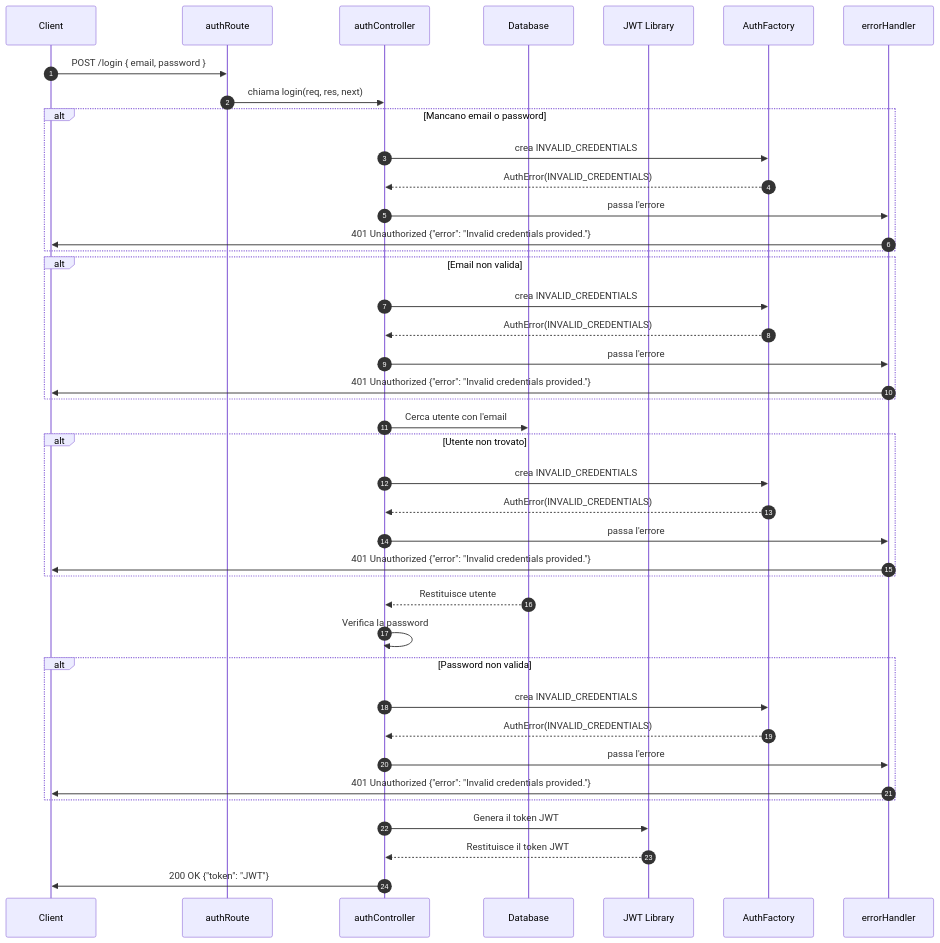
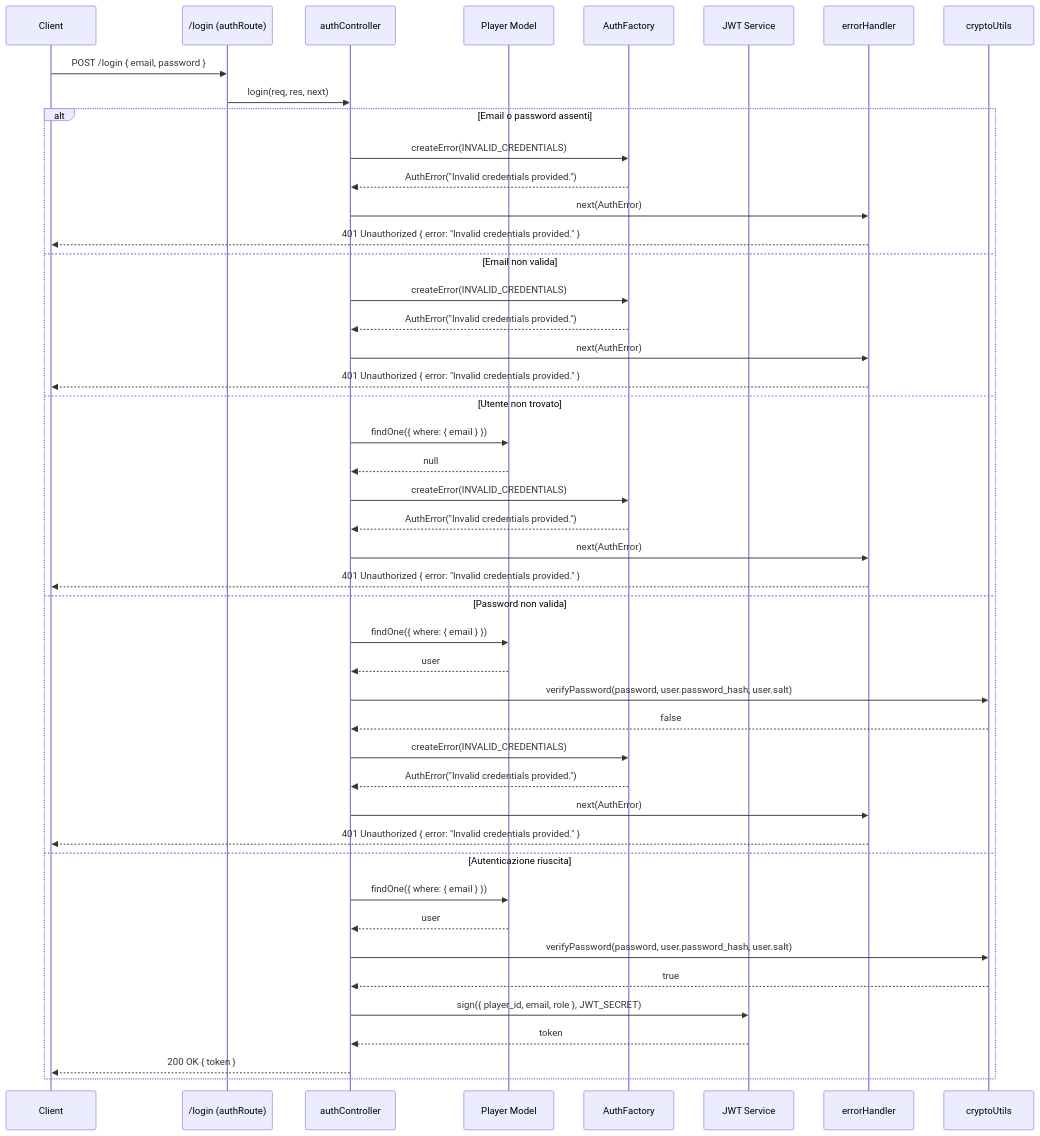
Before and after one commit to AndreaMarini01/progetto_PA: the second of 5 diagrams in README.md, drawn with Mermaid. The commit also changed other lines of this file, not shown here.

````diff
--- a/README.md
+++ b/README.md
@@ -164,51 +164,50 @@
 ```mermaid
 sequenceDiagram
-    autonumber
     participant Client
-    participant Router as authRoute
-    participant Controller as authController
-    participant DB as Database
-    participant JWT as JWT Library
-    participant ErrorFactory as AuthFactory
+    participant AuthRoute as /login (authRoute)
+    participant AuthController as authController
+    participant PlayerModel as Player Model
+    participant AuthFactory as AuthFactory
+    participant JWT as JWT Service
     participant ErrorHandler as errorHandler
 
-    Client->>Router: POST /login { email, password }
-    Router->>Controller: chiama login(req, res, next)
-    
-    alt Mancano email o password
-        Controller->>ErrorFactory: crea INVALID_CREDENTIALS
-        ErrorFactory-->>Controller: AuthError(INVALID_CREDENTIALS)
-        Controller->>ErrorHandler: passa l'errore
-        ErrorHandler->>Client: 401 Unauthorized {"error": "Invalid credentials provided."}
+    Client->>AuthRoute: POST /login { email, password }
+    AuthRoute->>AuthController: login(req, res, next)
+
+    alt Email o password assenti
+        AuthController->>AuthFactory: createError(INVALID_CREDENTIALS)
+        AuthFactory-->>AuthController: AuthError("Invalid credentials provided.")
+        AuthController->>ErrorHandler: next(AuthError)
+        ErrorHandler-->>Client: 401 Unauthorized { error: "Invalid credentials provided." }
+    else Email non valida
+        AuthController->>AuthFactory: createError(INVALID_CREDENTIALS)
+        AuthFactory-->>AuthController: AuthError("Invalid credentials provided.")
+        AuthController->>ErrorHandler: next(AuthError)
+        ErrorHandler-->>Client: 401 Unauthorized { error: "Invalid credentials provided." }
+    else Utente non trovato
+        AuthController->>PlayerModel: findOne({ where: { email } })
+        PlayerModel-->>AuthController: null
+        AuthController->>AuthFactory: createError(INVALID_CREDENTIALS)
+        AuthFactory-->>AuthController: AuthError("Invalid credentials provided.")
+        AuthController->>ErrorHandler: next(AuthError)
+        ErrorHandler-->>Client: 401 Unauthorized { error: "Invalid credentials provided." }
+    else Password non valida
+        AuthController->>PlayerModel: findOne({ where: { email } })
+        PlayerModel-->>AuthController: user
+        AuthController->>cryptoUtils: verifyPassword(password, user.password_hash, user.salt)
+        cryptoUtils-->>AuthController: false
+        AuthController->>AuthFactory: createError(INVALID_CREDENTIALS)
+        AuthFactory-->>AuthController: AuthError("Invalid credentials provided.")
+        AuthController->>ErrorHandler: next(AuthError)
+        ErrorHandler-->>Client: 401 Unauthorized { error: "Invalid credentials provided." }
+    else Autenticazione riuscita
+        AuthController->>PlayerModel: findOne({ where: { email } })
+        PlayerModel-->>AuthController: user
+        AuthController->>cryptoUtils: verifyPassword(password, user.password_hash, user.salt)
+        cryptoUtils-->>AuthController: true
+        AuthController->>JWT: sign({ player_id, email, role }, JWT_SECRET)
+        JWT-->>AuthController: token
+        AuthController-->>Client: 200 OK { token }
     end
 
-    alt Email non valida
-        Controller->>ErrorFactory: crea INVALID_CREDENTIALS
-        ErrorFactory-->>Controller: AuthError(INVALID_CREDENTIALS)
-        Controller->>ErrorHandler: passa l'errore
-        ErrorHandler->>Client: 401 Unauthorized {"error": "Invalid credentials provided."}
-    end
-
-    Controller->>DB: Cerca utente con l'email
-    alt Utente non trovato
-        Controller->>ErrorFactory: crea INVALID_CREDENTIALS
-        ErrorFactory-->>Controller: AuthError(INVALID_CREDENTIALS)
-        Controller->>ErrorHandler: passa l'errore
-        ErrorHandler->>Client: 401 Unauthorized {"error": "Invalid credentials provided."}
-    end
-
-    DB-->>Controller: Restituisce utente
-    
-    Controller->>Controller: Verifica la password
-    alt Password non valida
-        Controller->>ErrorFactory: crea INVALID_CREDENTIALS
-        ErrorFactory-->>Controller: AuthError(INVALID_CREDENTIALS)
-        Controller->>ErrorHandler: passa l'errore
-        ErrorHandler->>Client: 401 Unauthorized {"error": "Invalid credentials provided."}
-    end
-
-    Controller->>JWT: Genera il token JWT
-    JWT-->>Controller: Restituisce il token JWT
-
-    Controller->>Client: 200 OK {"token": "JWT"}
 ```
````
